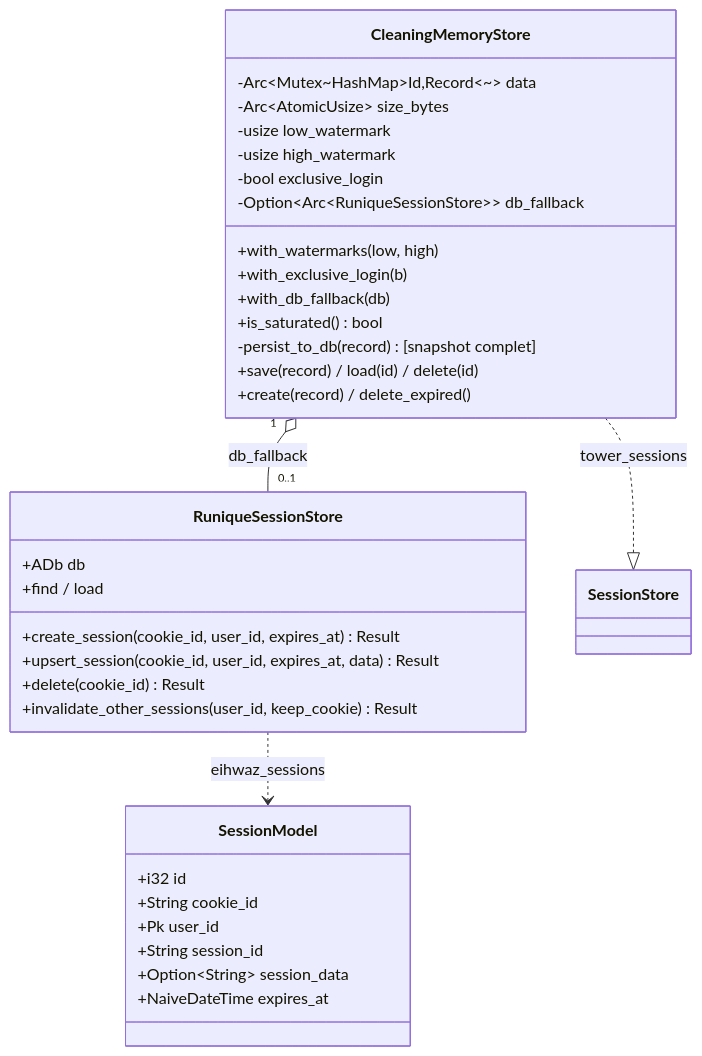
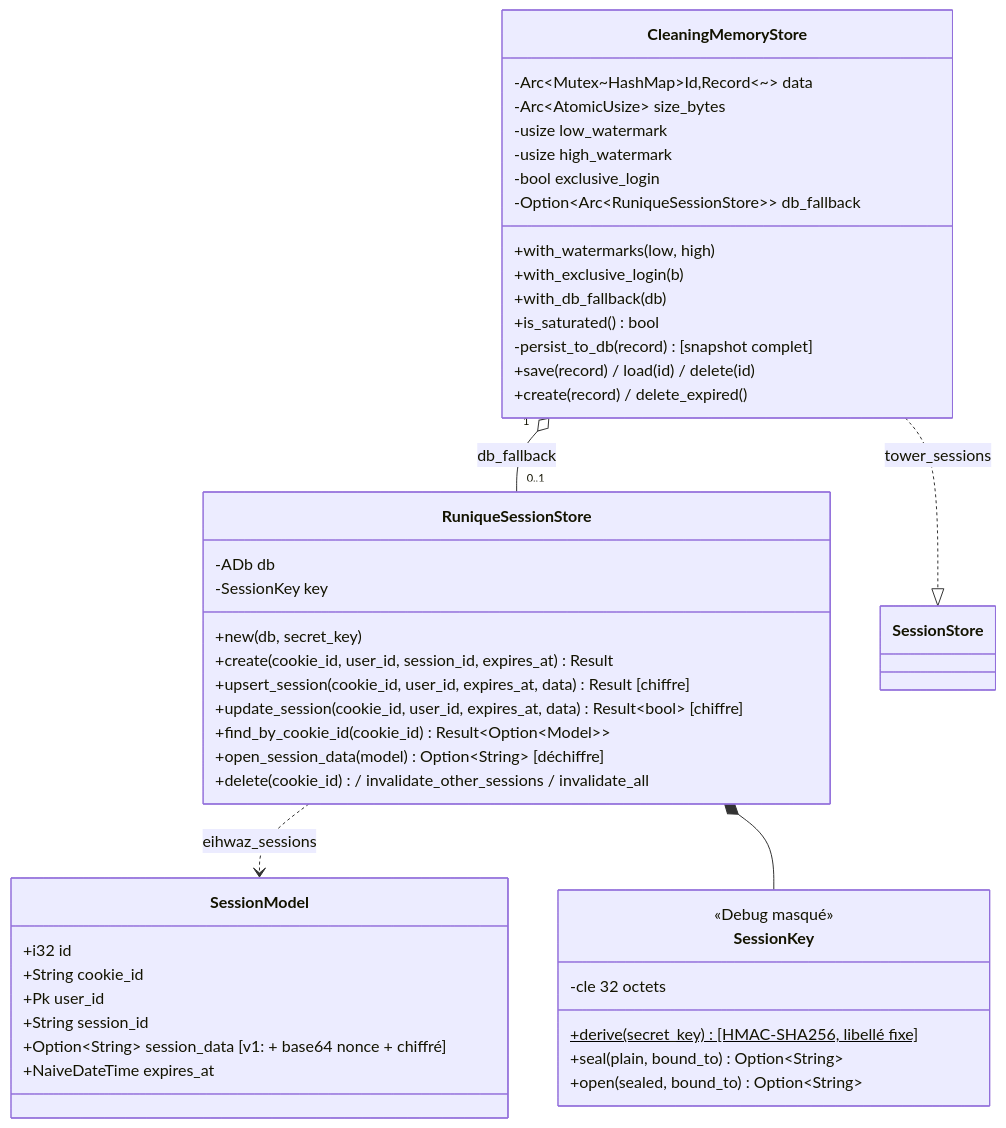
Before and after one commit to seb-alliot/runique: the diagram in diagramme/uml/middleware/sessions.md, drawn with Mermaid. The commit also changed other lines of this file and 56 other files, not shown here.

````diff
--- a/diagramme/uml/middleware/sessions.md
+++ b/diagramme/uml/middleware/sessions.md
@@ -6,37 +6,48 @@
 ```mermaid
 classDiagram
     class CleaningMemoryStore {
         -Arc~Mutex~HashMap~Id,Record~~~ data
         -Arc~AtomicUsize~ size_bytes
         -usize low_watermark
         -usize high_watermark
         -bool exclusive_login
         -Option~Arc~RuniqueSessionStore~~ db_fallback
         +with_watermarks(low, high)
         +with_exclusive_login(b)
         +with_db_fallback(db)
         +is_saturated() bool
         -persist_to_db(record) [snapshot complet]
         +save(record) / load(id) / delete(id)
         +create(record) / delete_expired()
     }
     class RuniqueSessionStore {
-        +ADb db
-        +create_session(cookie_id, user_id, expires_at) Result
-        +upsert_session(cookie_id, user_id, expires_at, data) Result
-        +delete(cookie_id) Result
-        +invalidate_other_sessions(user_id, keep_cookie) Result
-        +find / load
+        -ADb db
+        -SessionKey key
+        +new(db, secret_key)
+        +create(cookie_id, user_id, session_id, expires_at) Result
+        +upsert_session(cookie_id, user_id, expires_at, data) Result [chiffre]
+        +update_session(cookie_id, user_id, expires_at, data) Result~bool~ [chiffre]
+        +find_by_cookie_id(cookie_id) Result~Option~Model~~
+        +open_session_data(model) Option~String~ [déchiffre]
+        +delete(cookie_id) / invalidate_other_sessions / invalidate_all
+    }
+    class SessionKey {
+        <<Debug masqué>>
+        -cle 32 octets
+        +derive(secret_key)$ [HMAC-SHA256, libellé fixe]
+        +seal(plain, bound_to) Option~String~
+        +open(sealed, bound_to) Option~String~
     }
     class SessionModel {
         +i32 id
         +String cookie_id
         +Pk user_id
         +String session_id
-        +Option~String~ session_data
+        +Option~String~ session_data [v1: + base64 nonce + chiffré]
         +NaiveDateTime expires_at
     }
     CleaningMemoryStore "1" o-- "0..1" RuniqueSessionStore : db_fallback
     RuniqueSessionStore ..> SessionModel : eihwaz_sessions
+    RuniqueSessionStore *-- SessionKey
     CleaningMemoryStore ..|> SessionStore : tower_sessions
 ```
````
